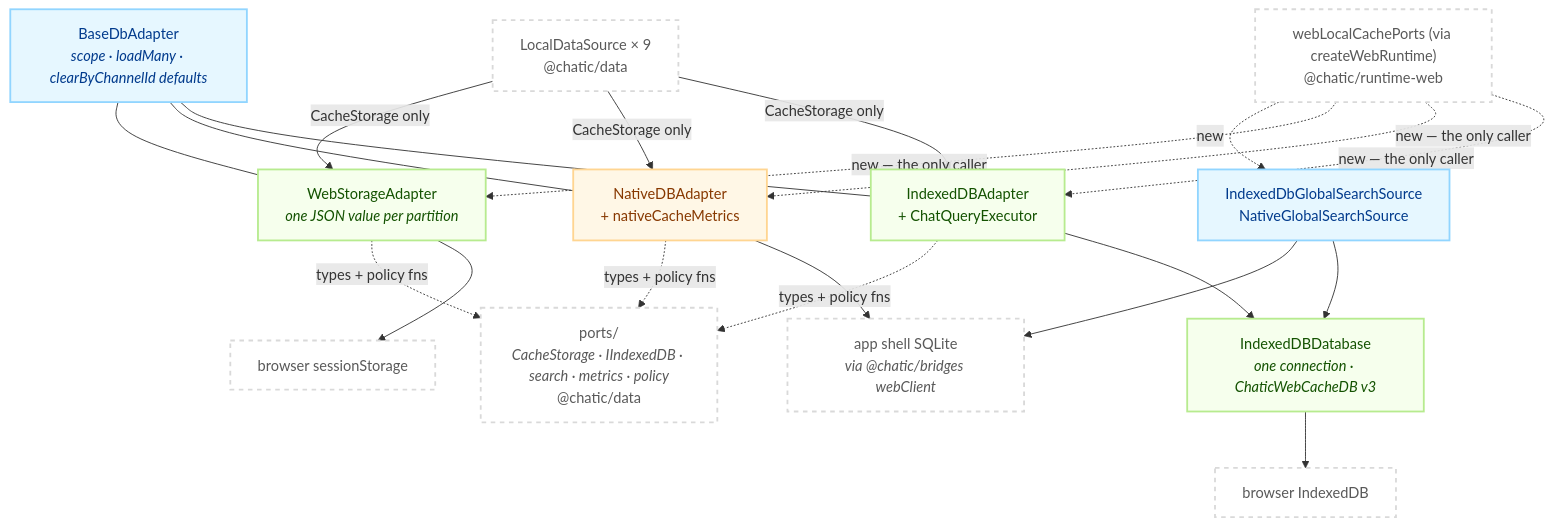
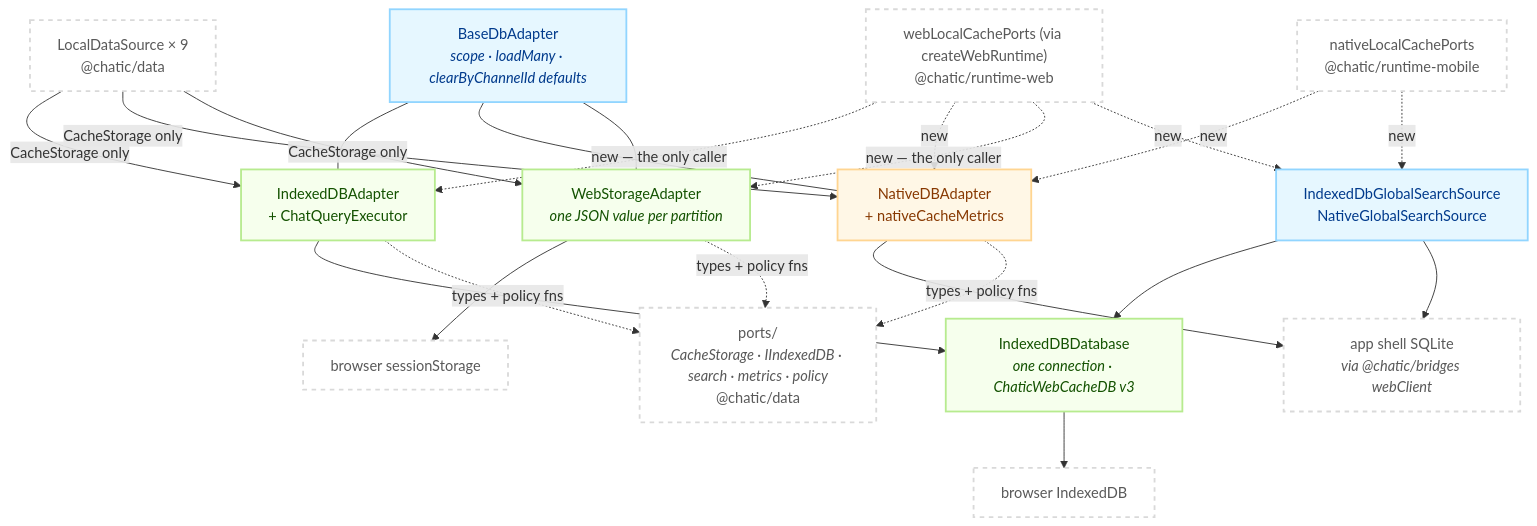
Before and after one commit to lemoncloud-io/dou-app: the first of 2 diagrams in libs/db/README.md, drawn with Mermaid. The commit also changed other lines of this file and 34 other files, not shown here.

````diff
--- a/libs/db/README.md
+++ b/libs/db/README.md
@@ -83,42 +87,45 @@
 ```mermaid
 flowchart TD
     classDef eng fill:#e6f7ff,stroke:#91d5ff,stroke-width:2px,color:#003a8c;
     classDef web fill:#f6ffed,stroke:#b7eb8f,stroke-width:2px,color:#135200;
     classDef nat fill:#fff7e6,stroke:#ffd591,stroke-width:2px,color:#873800;
     classDef ext fill:#ffffff,stroke:#d9d9d9,stroke-width:2px,color:#595959,stroke-dasharray: 5 5;
 
     DS["LocalDataSource × 9<br/>@chatic/data"]:::ext
     LF["webLocalCachePorts (via createWebRuntime)<br/>@chatic/runtime-web"]:::ext
+    LN["nativeLocalCachePorts<br/>@chatic/runtime-mobile"]:::ext
     Ports["ports/<br/><i>CacheStorage · IIndexedDB · search · metrics · policy</i><br/>@chatic/data"]:::ext
 
     Base["BaseDbAdapter<br/><i>scope · loadMany · clearByChannelId defaults</i>"]:::eng
     IDB["IndexedDBAdapter<br/>+ ChatQueryExecutor"]:::web
     NDB["NativeDBAdapter<br/>+ nativeCacheMetrics"]:::nat
     WSA["WebStorageAdapter<br/><i>one JSON value per partition</i>"]:::web
     Conn["IndexedDBDatabase<br/><i>one connection · ChaticWebCacheDB v3</i>"]:::web
     Search["IndexedDbGlobalSearchSource<br/>NativeGlobalSearchSource"]:::eng
 
     Browser["browser IndexedDB"]:::ext
     Shell["app shell SQLite<br/><i>via @chatic/bridges webClient</i>"]:::ext
     Session["browser sessionStorage"]:::ext
 
     DS -->|"CacheStorage only"| IDB
     DS -->|"CacheStorage only"| NDB
     DS -->|"CacheStorage only"| WSA
     LF -.->|"new — the only caller"| IDB
-    LF -.->|"new — the only caller"| NDB
+    LF -.->|"new"| NDB
     LF -.->|"new — the only caller"| WSA
     LF -.->|"new"| Search
+    LN -.->|"new"| NDB
+    LN -.->|"new"| Search
     Base --- IDB
     Base --- NDB
     Base --- WSA
     WSA --> Session
     IDB --> Conn
     Conn --> Browser
     NDB --> Shell
     Search --> Conn
     Search --> Shell
     IDB -.->|"types + policy fns"| Ports
     NDB -.->|"types + policy fns"| Ports
     WSA -.->|"types + policy fns"| Ports
 ```
````
